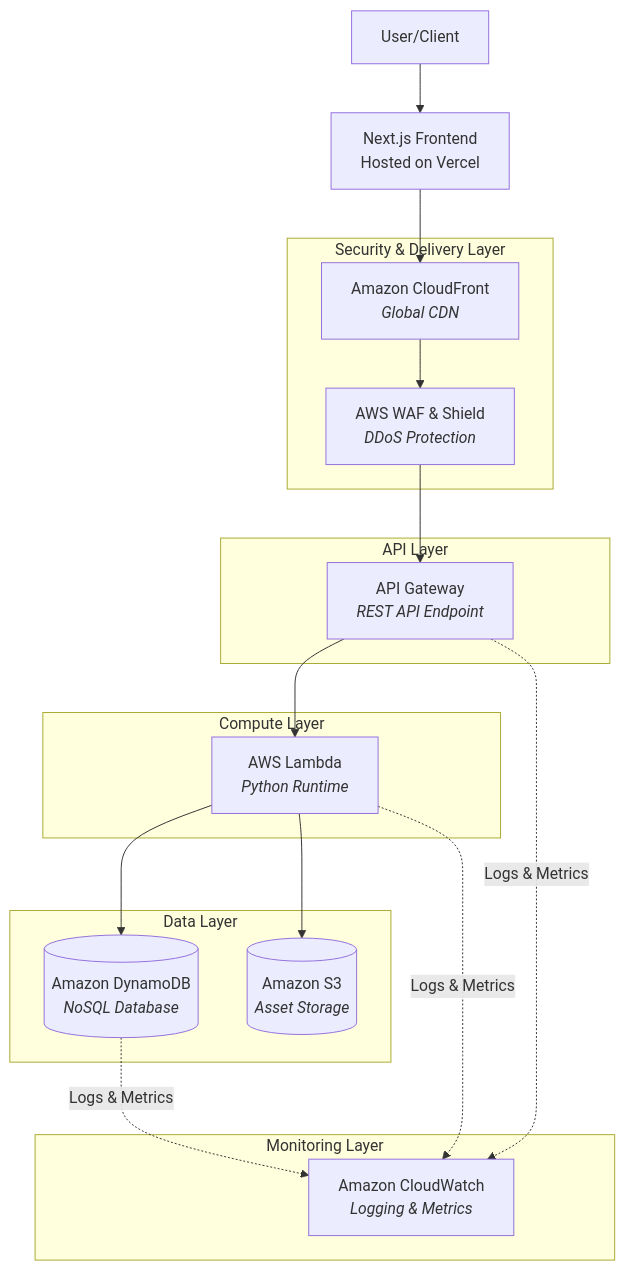
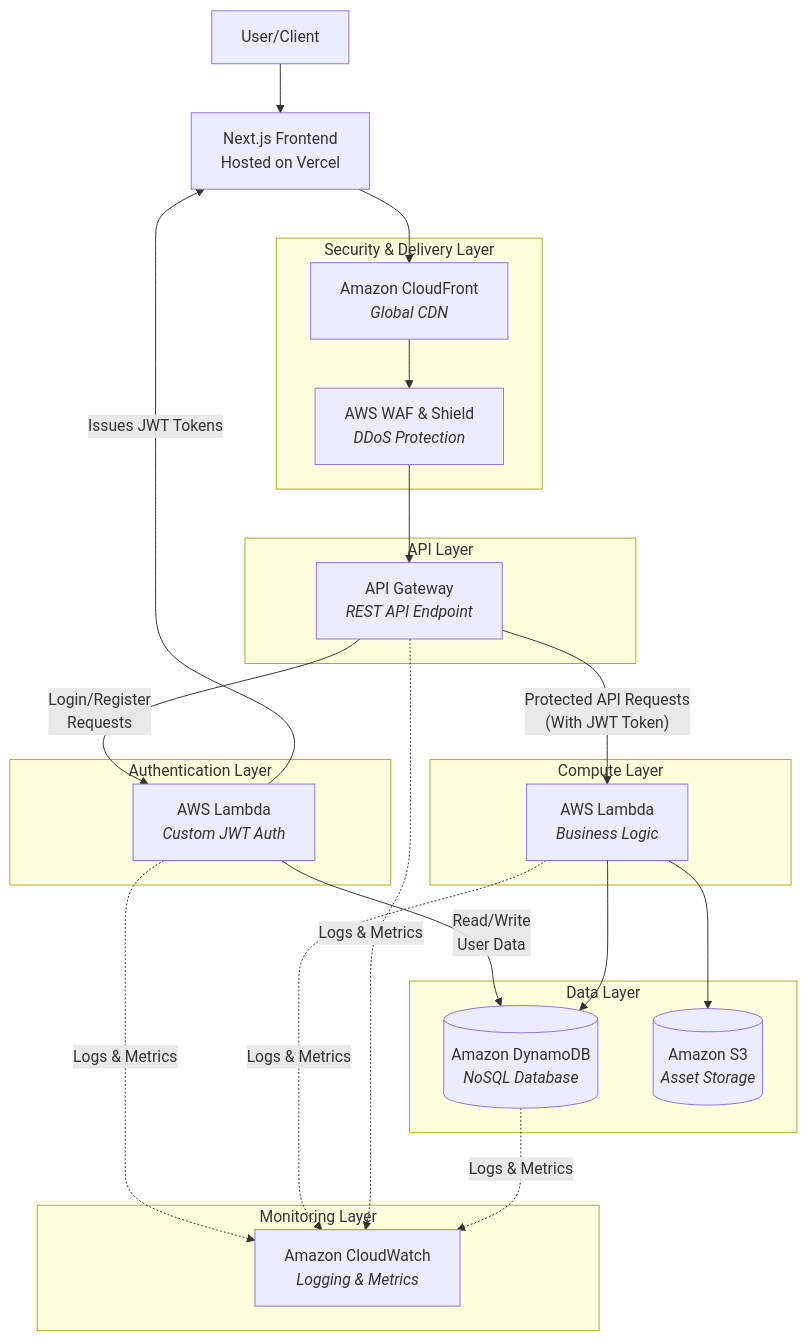
One commit to Tayyabkhan001/mini-amazon changed the diagram in docs/architecture/architecture_diagrams.md. Above: the diagram before and after it, drawn with Mermaid. The commit also changed other lines of this file, not shown here.

````diff
--- a/docs/architecture/architecture_diagrams.md
+++ b/docs/architecture/architecture_diagrams.md
@@ -5,40 +5,50 @@
 ```mermaid
 flowchart TD
     User[User/Client]
     Frontend[Next.js Frontend<br/>Hosted on Vercel]
 
     subgraph SecurityLayer [Security & Delivery Layer]
         CDN[Amazon CloudFront<br/><i>Global CDN</i>]
         WAF[AWS WAF & Shield<br/><i>DDoS Protection</i>]
     end
 
     subgraph APILayer [API Layer]
         API[API Gateway<br/><i>REST API Endpoint</i>]
     end
 
+    subgraph AuthLayer [Authentication Layer]
+        AuthLambda[AWS Lambda<br/><i>Custom JWT Auth</i>]
+    end
+
     subgraph ComputeLayer [Compute Layer]
-        Lambda[AWS Lambda<br/><i>Python Runtime</i>]
+        Lambda[AWS Lambda<br/><i>Business Logic</i>]
     end
 
     subgraph DataLayer [Data Layer]
         DynamoDB[(Amazon DynamoDB<br/><i>NoSQL Database</i>)]
         S3[(Amazon S3<br/><i>Asset Storage</i>)]
     end
 
     subgraph MonitoringLayer [Monitoring Layer]
         CloudWatch[Amazon CloudWatch<br/><i>Logging & Metrics</i>]
     end
 
     User --> Frontend
     Frontend --> CDN
     CDN --> WAF
     WAF --> API
-    API --> Lambda
+
+    API -->|"Login/Register<br/>Requests"| AuthLambda
+    AuthLambda -->|"Read/Write<br/>User Data"| DynamoDB
+
+    API -->|"Protected API Requests<br/>(With JWT Token)"| Lambda
+    AuthLambda -->|"Issues JWT Tokens"| Frontend
 
     Lambda --> DynamoDB
     Lambda --> S3
 
+    AuthLambda -.->|Logs & Metrics| CloudWatch
     Lambda -.->|Logs & Metrics| CloudWatch
     API -.->|Logs & Metrics| CloudWatch
     DynamoDB -.->|Logs & Metrics| CloudWatch
 ```
````
